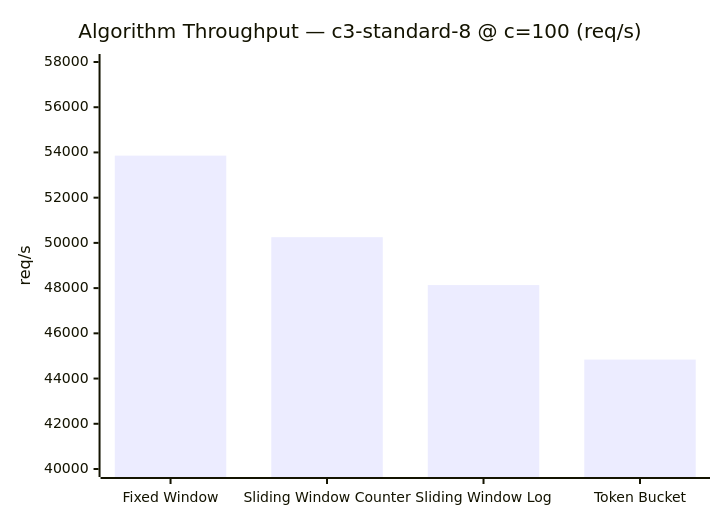
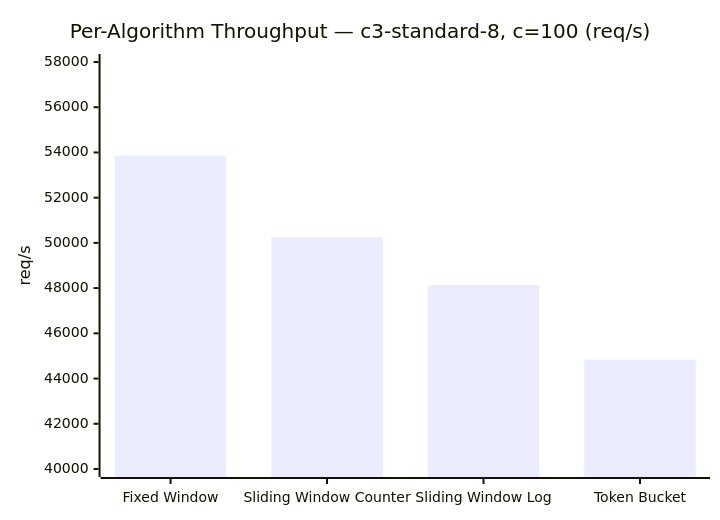
One commit to Manan-jn/rate-limiter changed the ninth of 11 diagrams in README.md. Above: the diagram before and after it, drawn with Mermaid. The commit also changed other lines of this file, not shown here.

Commit message:
Restructure README with Mermaid charts and performance benchmarks

````diff
--- a/README.md
+++ b/README.md
@@ -518,7 +507,7 @@
 ```mermaid
 xychart-beta
-    title "Algorithm Throughput — c3-standard-8 @ c=100 (req/s)"
+    title "Per-Algorithm Throughput — c3-standard-8, c=100 (req/s)"
     x-axis ["Fixed Window", "Sliding Window Counter", "Sliding Window Log", "Token Bucket"]
     y-axis "req/s" 40000 --> 58000
     bar [53859, 50253, 48135, 44839]
 ```
````
